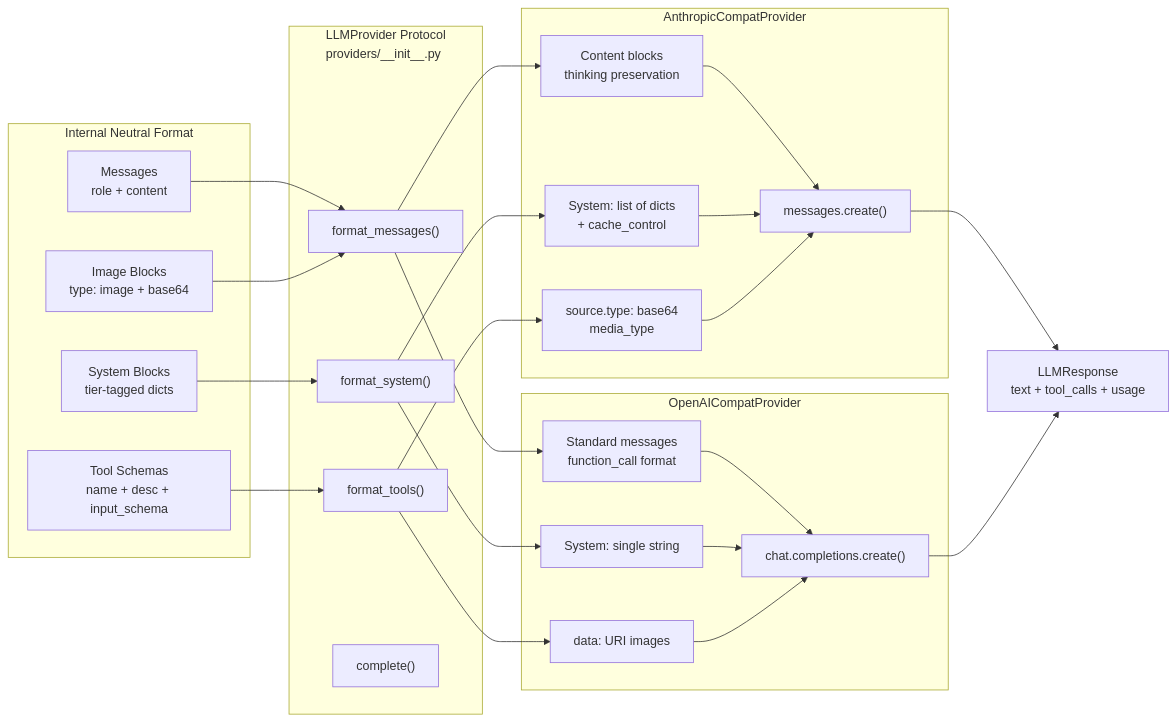
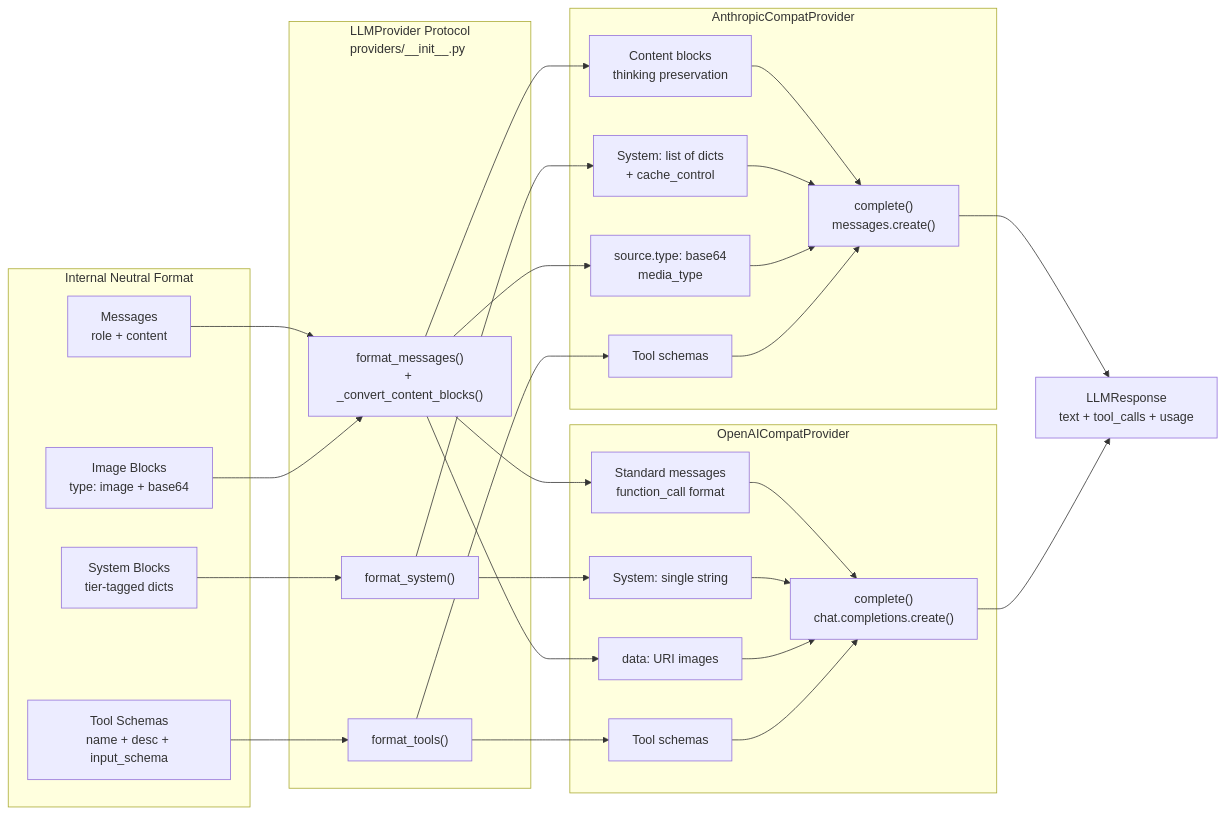
Before and after one commit to nicolasforstinger/lucyd: the fifth of 8 diagrams in docs/diagrams.md, drawn with Mermaid. The commit also changed other lines of this file, not shown here.

Commit message:
fix: sync all diagram references with actual codebase line numbers
Verified all 8 diagrams against code:

- Diagram 1/2: agentic.py references drifted +8 after cost DB changes
  (99→107, 53→61, 154→162, 227→235)
- Diagram 4: _fts_search is at memory.py:96, not :59 (line 59 is the
  public search() method, not the private FTS implementation)
- Diagram 5: format_tools() produces tool schemas, not image formats.
  Images are converted inside format_messages() via
  _convert_content_blocks(). Fixed edges and removed disconnected
  COMPLETE node (redundant with API call nodes).
- Diagram 7: tool dispatch is at agentic.py:231, not :221

````diff
--- a/docs/diagrams.md
+++ b/docs/diagrams.md
@@ -183,44 +183,46 @@
 ```mermaid
 flowchart LR
     subgraph Internal["Internal Neutral Format"]
         MSG["Messages<br/>role + content"]
         SYS["System Blocks<br/>tier-tagged dicts"]
         TOOLS_INT["Tool Schemas<br/>name + desc + input_schema"]
         IMG["Image Blocks<br/>type: image + base64"]
     end
 
     subgraph Protocol["LLMProvider Protocol<br/>providers/__init__.py"]
-        FM["format_messages()"]
+        FM["format_messages()<br/>+ _convert_content_blocks()"]
         FS["format_system()"]
         FT["format_tools()"]
-        COMPLETE["complete()"]
     end
 
     subgraph Anthropic["AnthropicCompatProvider"]
         A_SYS["System: list of dicts<br/>+ cache_control"]
         A_MSG["Content blocks<br/>thinking preservation"]
         A_IMG["source.type: base64<br/>media_type"]
-        A_API["messages.create()"]
+        A_TOOLS["Tool schemas"]
+        A_API["complete()<br/>messages.create()"]
     end
 
     subgraph OpenAI["OpenAICompatProvider"]
         O_SYS["System: single string"]
         O_MSG["Standard messages<br/>function_call format"]
         O_IMG["data: URI images"]
-        O_API["chat.completions.create()"]
+        O_TOOLS["Tool schemas"]
+        O_API["complete()<br/>chat.completions.create()"]
     end
 
     RESP["LLMResponse<br/>text + tool_calls + usage"]
 
     MSG --> FM
     SYS --> FS
     TOOLS_INT --> FT
     IMG --> FM
 
     FM --> A_MSG & O_MSG
+    FM --> A_IMG & O_IMG
     FS --> A_SYS & O_SYS
-    FT --> A_IMG & O_IMG
+    FT --> A_TOOLS & O_TOOLS
 
-    A_MSG & A_SYS & A_IMG --> A_API --> RESP
-    O_MSG & O_SYS & O_IMG --> O_API --> RESP
+    A_MSG & A_SYS & A_IMG & A_TOOLS --> A_API --> RESP
+    O_MSG & O_SYS & O_IMG & O_TOOLS --> O_API --> RESP
 ```
````
